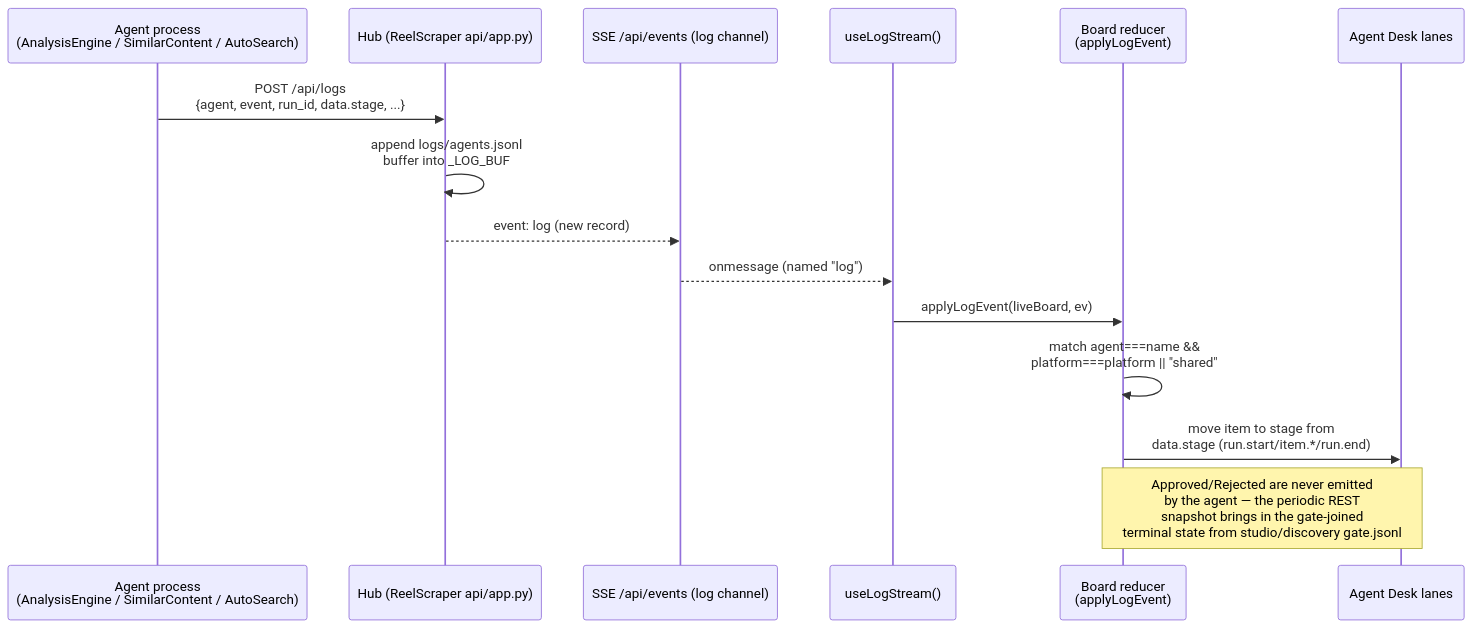
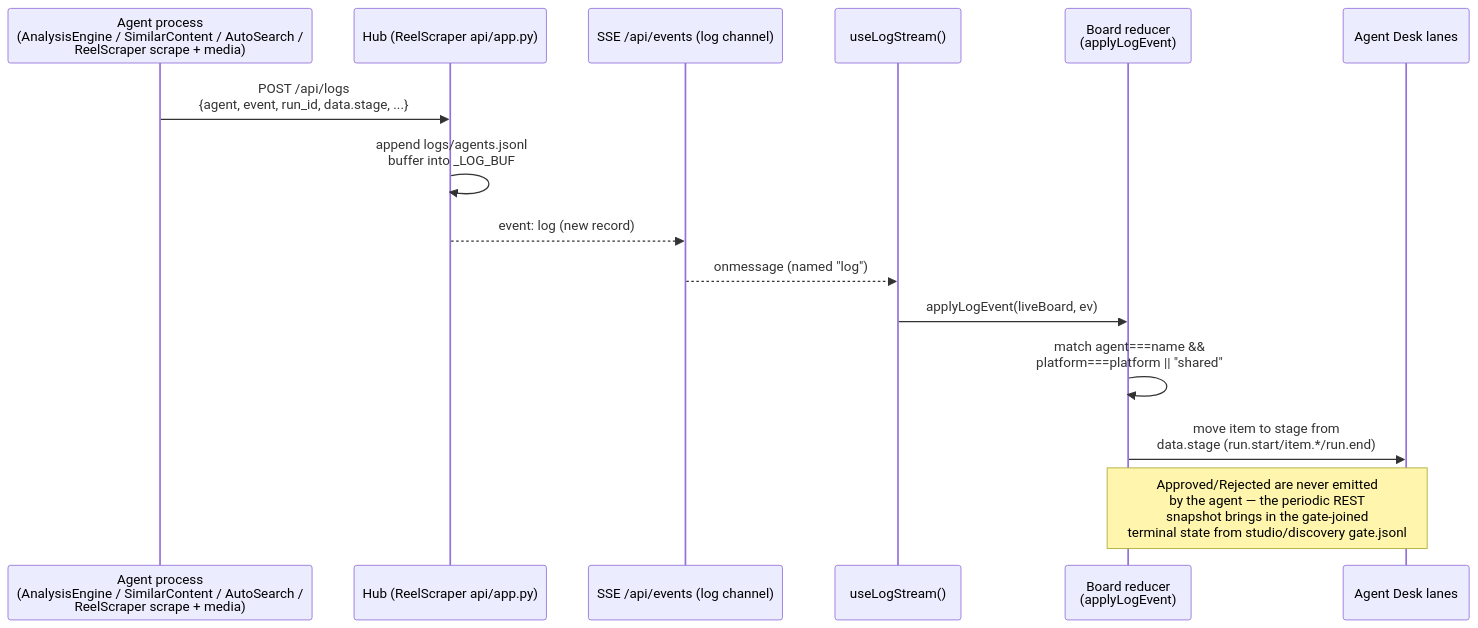
Before and after one commit to VincitoreSi/TheCuttingRoom: the first of 2 diagrams in documentation/docs/agents-dashboard.md, drawn with Mermaid. The commit also changed other lines of this file and 10 other files, not shown here.

First line of the commit message:
docs: media tier gate, config consolidation, propose auto-heal, media lifecycle & discovery honesty

````diff
--- a/documentation/docs/agents-dashboard.md
+++ b/documentation/docs/agents-dashboard.md
@@ -169,18 +170,18 @@
 ```mermaid
 sequenceDiagram
-    participant Agent as Agent process<br/>(AnalysisEngine / SimilarContent / AutoSearch)
+    participant Agent as Agent process<br/>(AnalysisEngine / SimilarContent / AutoSearch /<br/>ReelScraper scrape + media)
     participant Hub as Hub (ReelScraper api/app.py)
     participant SSE as SSE /api/events (log channel)
     participant Hook as useLogStream()
     participant Board as Board reducer<br/>(applyLogEvent)
     participant Lanes as Agent Desk lanes
 
     Agent->>Hub: POST /api/logs<br/>{agent, event, run_id, data.stage, ...}
     Hub->>Hub: append logs/agents.jsonl<br/>buffer into _LOG_BUF
     Hub-->>SSE: event: log (new record)
     SSE-->>Hook: onmessage (named "log")
     Hook->>Board: applyLogEvent(liveBoard, ev)
     Board->>Board: match agent===name &&<br/>platform===platform || "shared"
     Board->>Lanes: move item to stage from<br/>data.stage (run.start/item.*/run.end)
     Note over Board,Lanes: Approved/Rejected are never emitted<br/>by the agent — the periodic REST<br/>snapshot brings in the gate-joined<br/>terminal state from studio/discovery gate.jsonl
 ```
````
